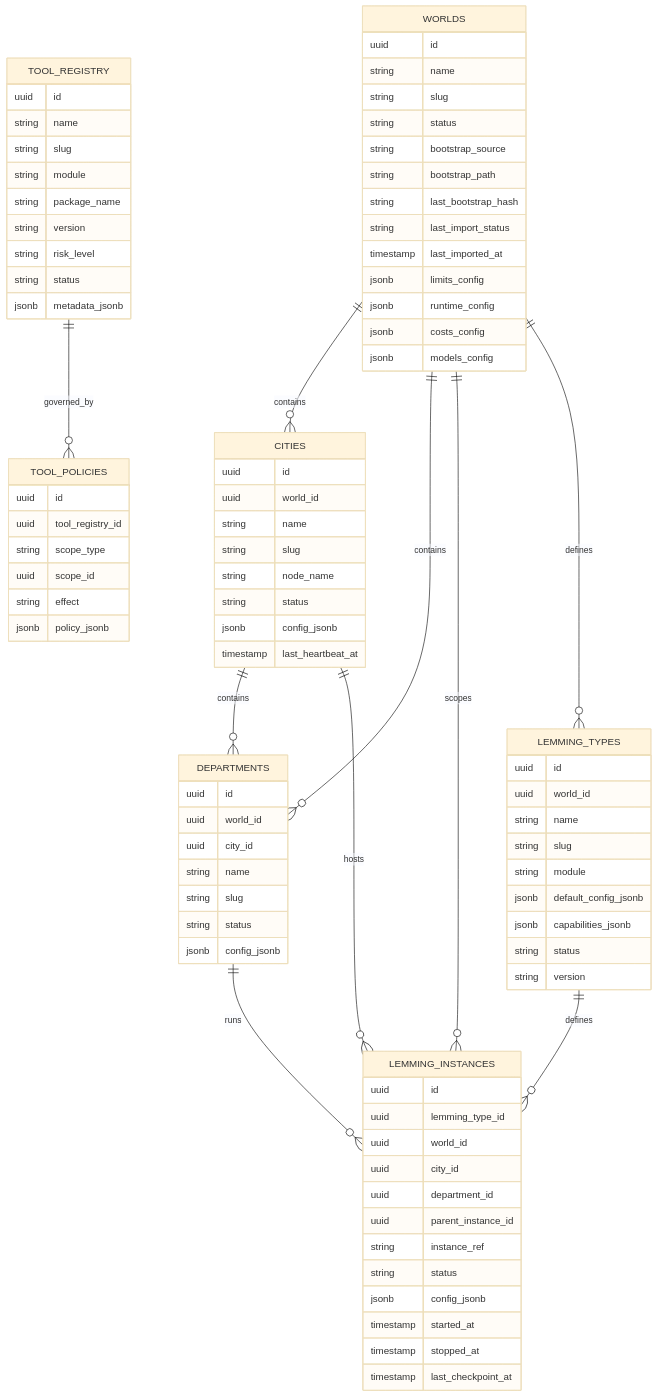
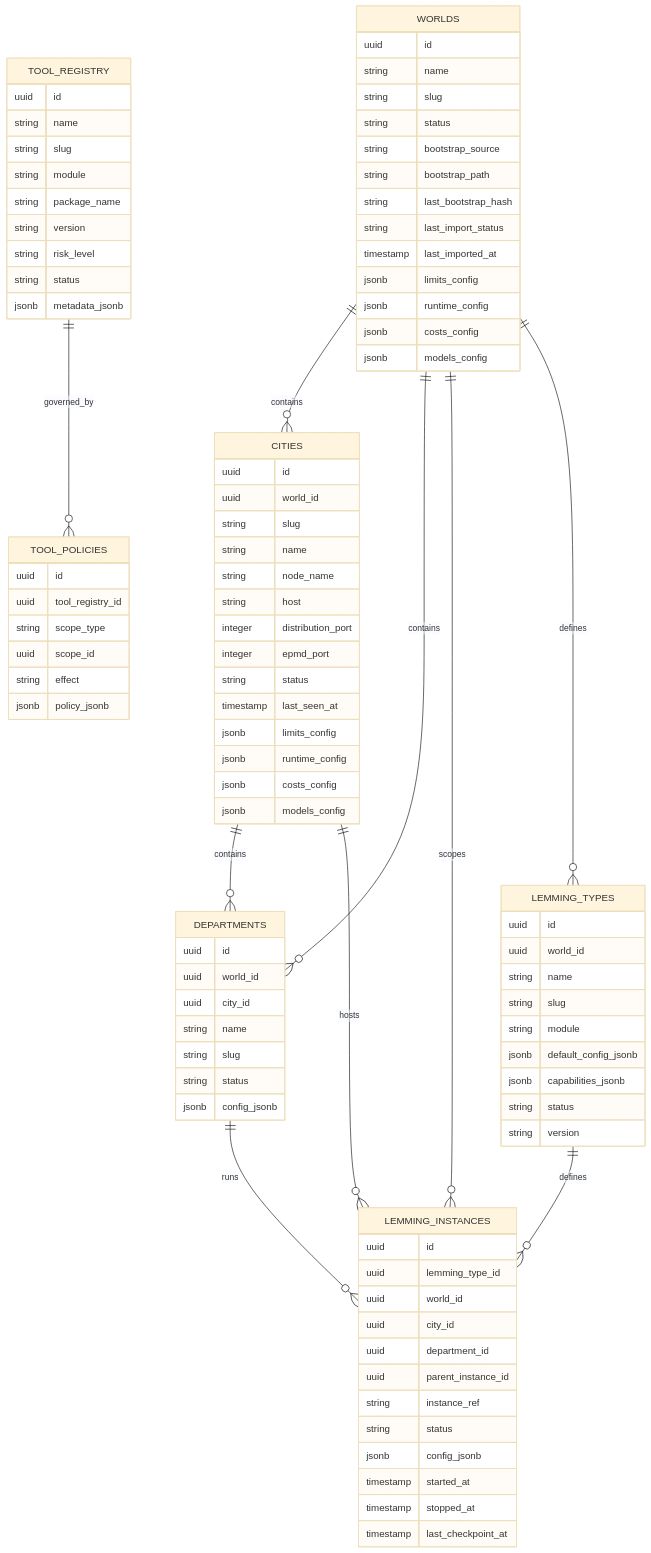
One commit to mberrueta/lemmings-os changed the first of 2 diagrams in docs/adr/0021-core-domain-schema.md. Above: the diagram before and after it, drawn with Mermaid (base theme). The commit also changed other lines of this file and 107 other files, not shown here.

First line of the commit message:
City Management Foundation: schema, CRUD, heartbeat liveness, config resolver, compose demo (#12)

```diff
--- a/docs/adr/0021-core-domain-schema.md
+++ b/docs/adr/0021-core-domain-schema.md
@@ -172,12 +177,18 @@
     CITIES {
         uuid id
         uuid world_id
+        string slug
         string name
-        string slug
         string node_name
+        string host
+        integer distribution_port
+        integer epmd_port
         string status
-        jsonb config_jsonb
-        timestamp last_heartbeat_at
+        timestamp last_seen_at
+        jsonb limits_config
+        jsonb runtime_config
+        jsonb costs_config
+        jsonb models_config
     }
 
     DEPARTMENTS {
```
